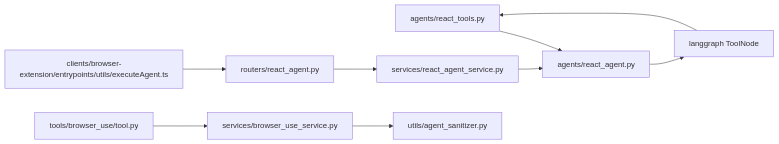
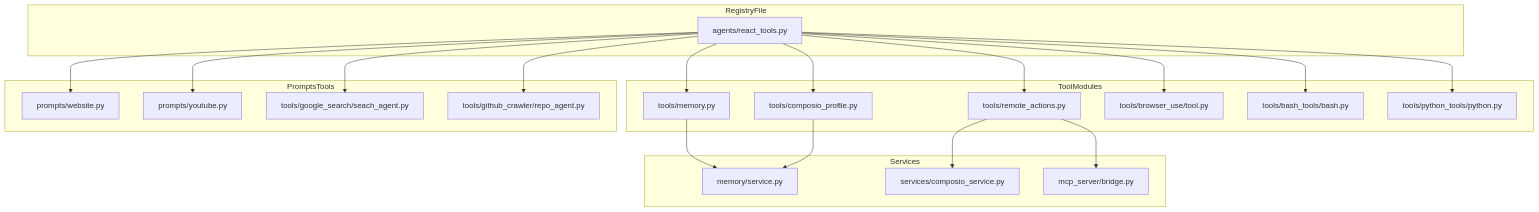
The fourth of 4 diagrams in src/data/docs/agentic-browser/AI Agent System/Tool Integration System.md (tashifkhan/tashif.codes), drawn with Mermaid before and after one commit. The commit also changed other lines of this file and 114 other files, not shown here.

````diff
--- a/src/data/docs/agentic-browser/AI Agent System/Tool Integration System.md
+++ b/src/data/docs/agentic-browser/AI Agent System/Tool Integration System.md
@@ -198,11 +170,39 @@
 ```mermaid
-graph LR
-RT["agents/react_tools.py"] --> RA["agents/react_agent.py"]
-RA --> LG["langgraph ToolNode"]
-LG --> RT
-EA["clients/browser-extension/entrypoints/utils/executeAgent.ts"] --> API["routers/react_agent.py"]
-API --> SVC["services/react_agent_service.py"]
-SVC --> RA
-BA["tools/browser_use/tool.py"] --> BUS["services/browser_use_service.py"]
-BUS --> AS["utils/agent_sanitizer.py"]
+graph TB
+  subgraph RegistryFile
+    RT["agents/react_tools.py"]
+  end
+  subgraph ToolModules
+    M["tools/memory.py"]
+    P["tools/composio_profile.py"]
+    R["tools/remote_actions.py"]
+    BU["tools/browser_use/tool.py"]
+    BA["tools/bash_tools/bash.py"]
+    PY["tools/python_tools/python.py"]
+  end
+  subgraph Services
+    MS["memory/service.py"]
+    CS["services/composio_service.py"]
+    BR["mcp_server/bridge.py"]
+  end
+  subgraph PromptsTools
+    W["prompts/website.py"]
+    Y["prompts/youtube.py"]
+    G["tools/google_search/seach_agent.py"]
+    GH["tools/github_crawler/repo_agent.py"]
+  end
+  RT --> M
+  RT --> P
+  RT --> R
+  RT --> BU
+  RT --> BA
+  RT --> PY
+  RT --> W
+  RT --> Y
+  RT --> G
+  RT --> GH
+  M --> MS
+  P --> MS
+  R --> CS
+  R --> BR
 ```
````
